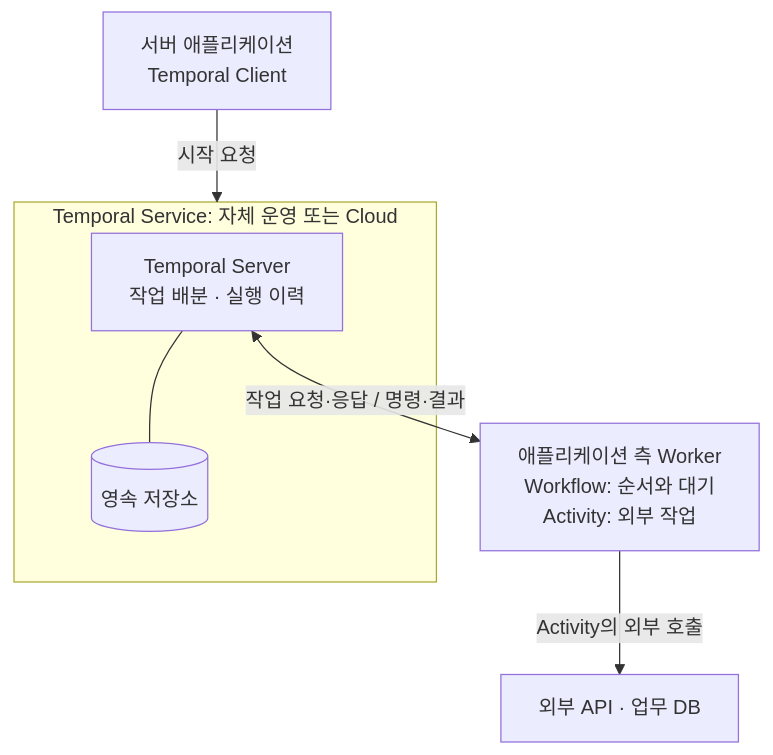
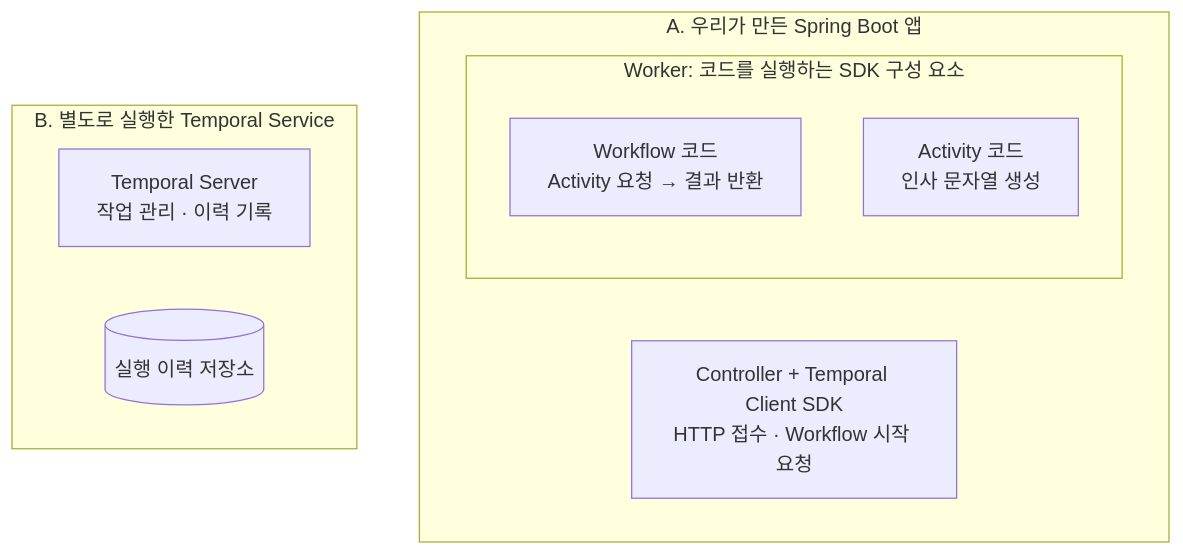
The diagram in src/content/posts/ko/temporal-01-overview/assets/temporal-roles.mmd (hanumoka/hanumoka.github.io), drawn with Mermaid before and after one commit. The commit also changed 7 other files, not shown here.

```diff
--- a/src/content/posts/ko/temporal-01-overview/assets/temporal-roles.mmd
+++ b/src/content/posts/ko/temporal-01-overview/assets/temporal-roles.mmd
@@ -1,14 +1,18 @@
 flowchart TB
-    accTitle: Temporal Service와 Worker의 역할
-    accDescr: Client가 시작을 요청하고 Worker는 Service에서 작업을 받아 코드를 실행한다. 외부 API와 업무 DB는 Activity가 접근한다.
-    C["서버 애플리케이션<br/>Temporal Client"]
-    subgraph S["Temporal Service: 자체 운영 또는 Cloud"]
-        T["Temporal Server<br/>작업 배분 · 실행 이력"]
-        H[("영속 저장소")]
-        T --- H
+    accTitle: 이번 예제에서 각 구성 요소가 실행되는 위치
+    accDescr: 우리 Spring Boot 앱 안에 Controller와 Temporal Client, Worker가 있다. Worker가 Workflow와 Activity 코드를 실행한다. Temporal Service는 별도 실행한다. 이 그림에는 통신 순서를 표시하지 않는다.
+    subgraph APP["A. 우리가 만든 Spring Boot 앱"]
+        C["Controller + Temporal Client SDK
+HTTP 접수 · Workflow 시작 요청"]
+        subgraph WORKER["Worker: 코드를 실행하는 SDK 구성 요소"]
+            W["Workflow 코드
+Activity 요청 → 결과 반환"]
+            A["Activity 코드
+인사 문자열 생성"]
+        end
     end
-    W["애플리케이션 측 Worker<br/>Workflow: 순서와 대기<br/>Activity: 외부 작업"]
-    E["외부 API · 업무 DB"]
-    C -->|"시작 요청"| S
-    T <-->|"작업 요청·응답 / 명령·결과"| W
-    W -->|"Activity의 외부 호출"| E
+    subgraph SERVICE["B. 별도로 실행한 Temporal Service"]
+        T["Temporal Server
+작업 관리 · 이력 기록"]
+        H[("실행 이력 저장소")]
+    end
```
